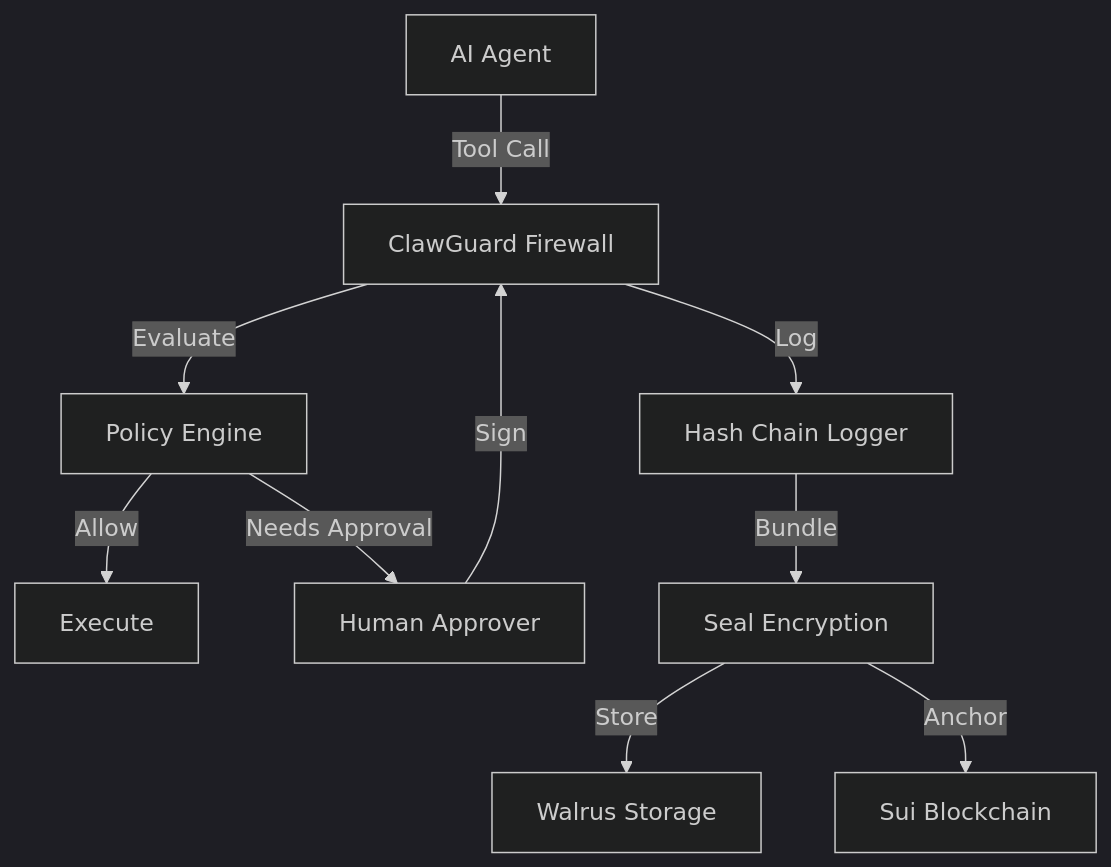
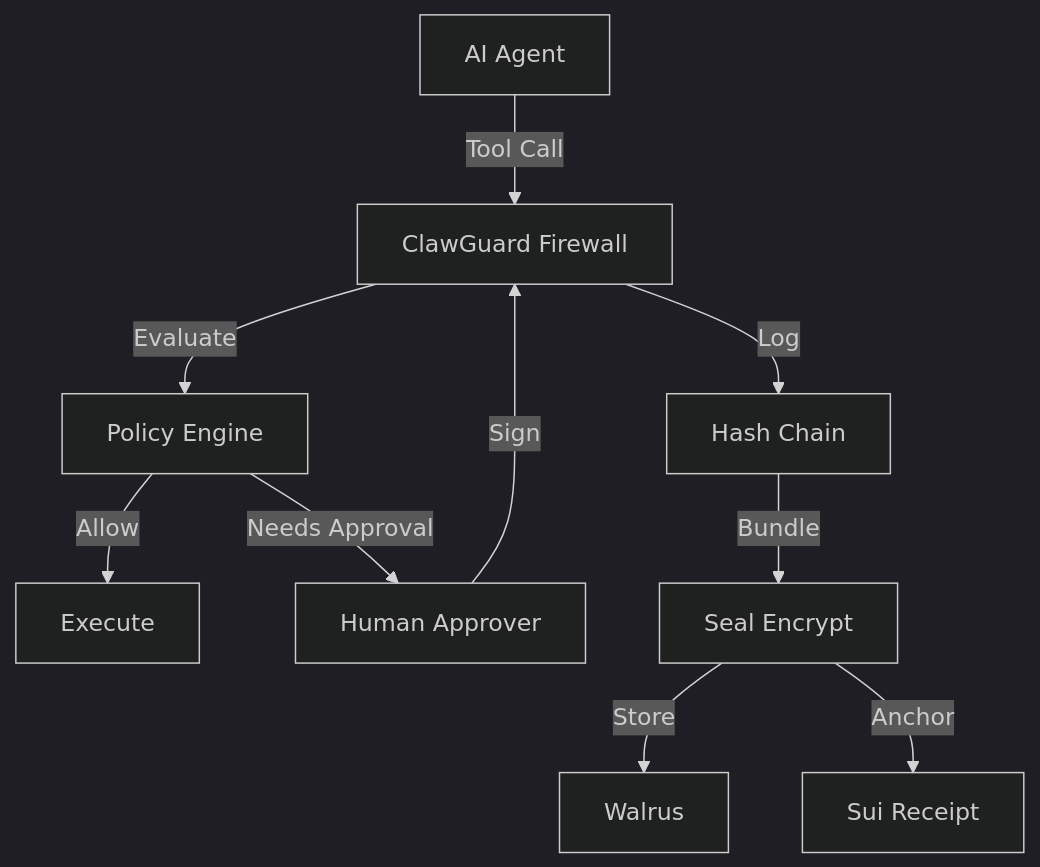
Before and after one commit to jayjoshix/clawdefender: the diagram in README.md, drawn with Mermaid (dark theme). The commit also changed other lines of this file and 1 other file, not shown here.

````diff
--- a/README.md
+++ b/README.md
@@ -503,12 +318,12 @@
 ```mermaid
 graph TD
     Agent[AI Agent] -->|Tool Call| FW[ClawGuard Firewall]
     FW -->|Evaluate| Policy[Policy Engine]
     Policy -->|Allow| Exec[Execute]
     Policy -->|Needs Approval| Human[Human Approver]
     Human -->|Sign| FW
-    FW -->|Log| Logger[Hash Chain Logger]
-    Logger -->|Bundle| Seal[Seal Encryption]
-    Seal -->|Store| Walrus[Walrus Storage]
-    Seal -->|Anchor| Sui[Sui Blockchain]
+    FW -->|Log| Logger[Hash Chain]
+    Logger -->|Bundle| Seal[Seal Encrypt]
+    Seal -->|Store| Walrus[Walrus]
+    Seal -->|Anchor| Sui[Sui Receipt]
 ```
````
